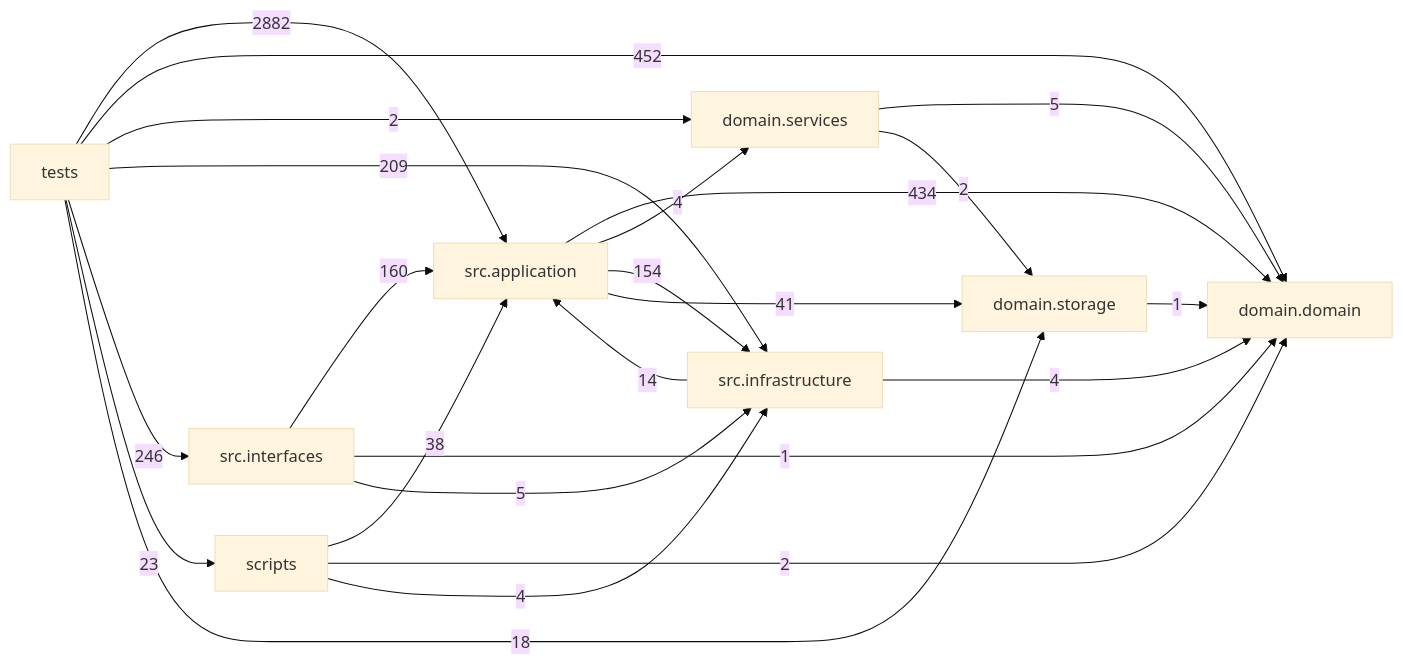
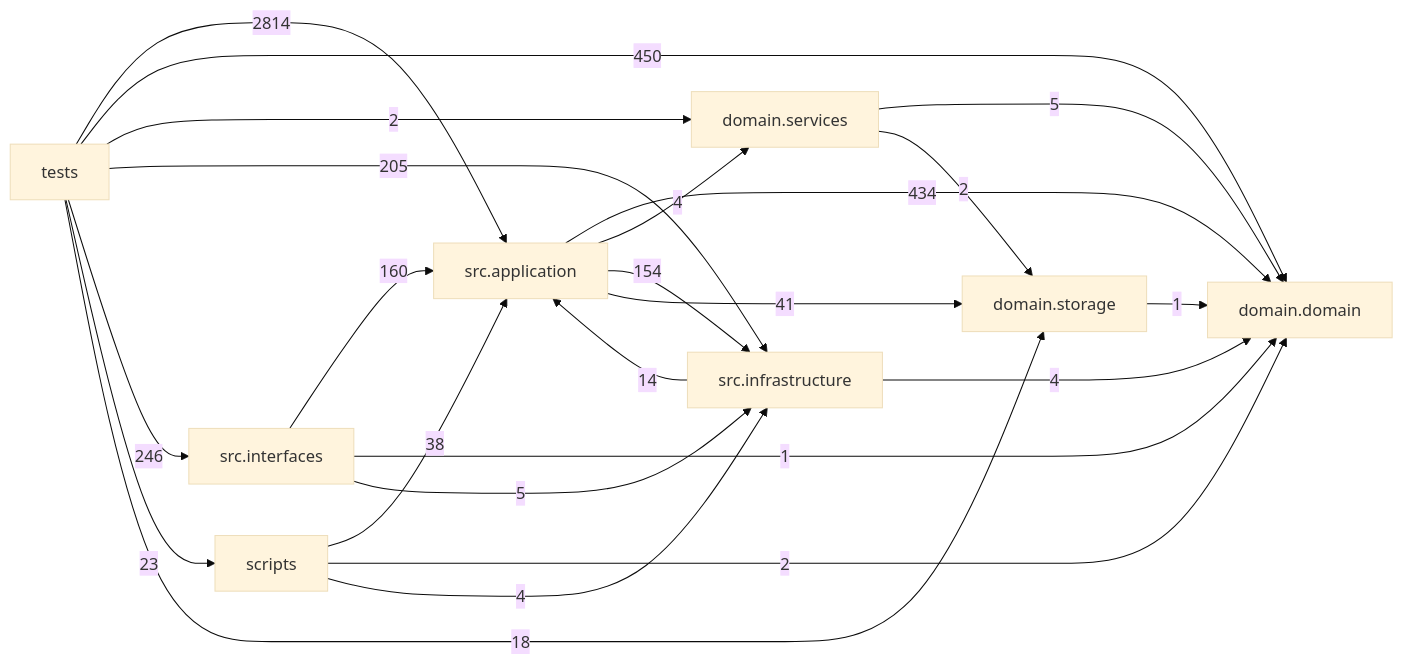
One commit to liuxie066/options-monitor changed the diagram in docs/DEPENDENCY_GRAPH.md. Above: the diagram before and after it, drawn with Mermaid (base theme). The commit also changed other lines of this file and 111 other files, not shown here.

````diff
--- a/docs/DEPENDENCY_GRAPH.md
+++ b/docs/DEPENDENCY_GRAPH.md
@@ -24,33 +24,33 @@
 ```mermaid
 flowchart LR
   tests["tests"]
   scripts["scripts"]
   interfaces["src.interfaces"]
   application["src.application"]
   infrastructure["src.infrastructure"]
   domain_services["domain.services"]
   domain["domain.domain"]
   storage["domain.storage"]
   application -->|434| domain
   application -->|4| domain_services
   application -->|154| infrastructure
   application -->|41| storage
   domain_services -->|5| domain
   domain_services -->|2| storage
   infrastructure -->|14| application
   infrastructure -->|4| domain
   interfaces -->|160| application
   interfaces -->|1| domain
   interfaces -->|5| infrastructure
   scripts -->|38| application
   scripts -->|2| domain
   scripts -->|4| infrastructure
   storage -->|1| domain
-  tests -->|2882| application
-  tests -->|452| domain
+  tests -->|2814| application
+  tests -->|450| domain
   tests -->|2| domain_services
-  tests -->|209| infrastructure
+  tests -->|205| infrastructure
   tests -->|246| interfaces
   tests -->|23| scripts
   tests -->|18| storage
 ```
````
